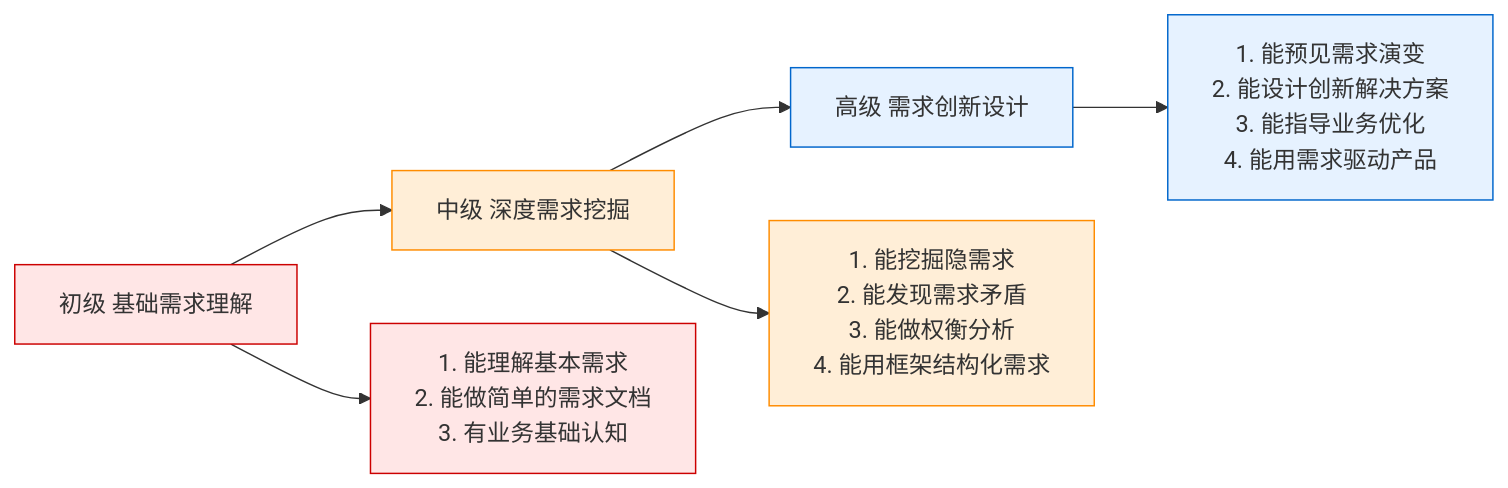
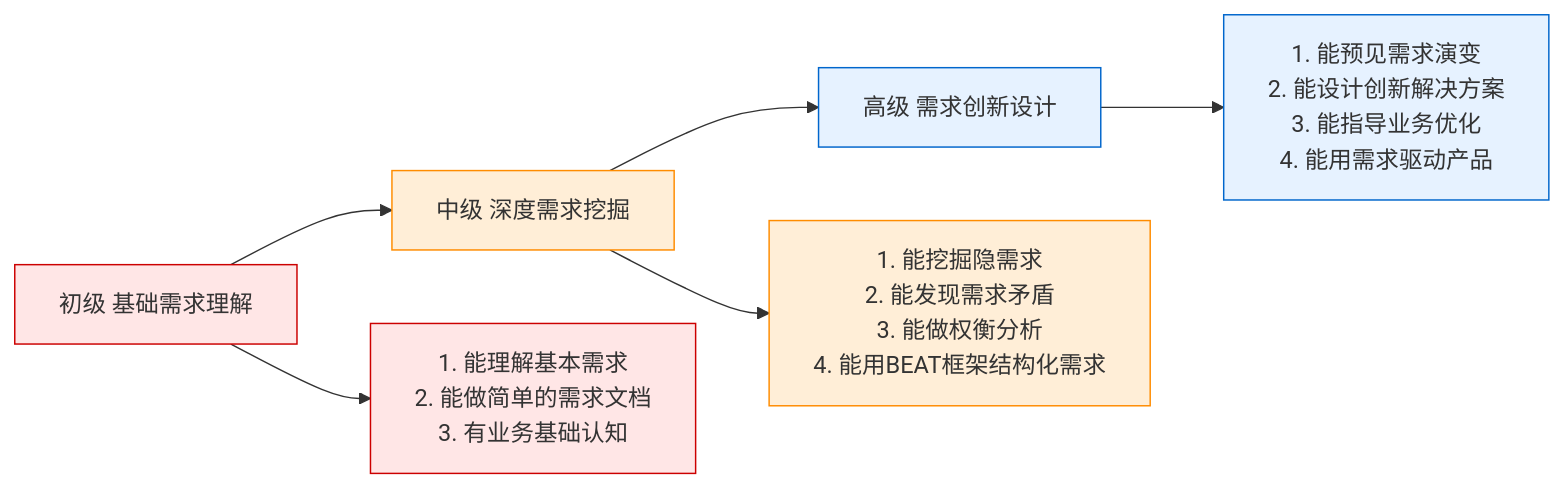
One commit to microwind/algorithms changed the tenth of 11 diagrams in start-here/AI-Era-Programmers-as-Requirements-Engineers.md. Above: the diagram before and after it, drawn with Mermaid. The commit also changed other lines of this file and 3 other files, not shown here.

````diff
--- a/start-here/AI-Era-Programmers-as-Requirements-Engineers.md
+++ b/start-here/AI-Era-Programmers-as-Requirements-Engineers.md
@@ -861,30 +875,30 @@
 ```mermaid
 graph LR
     %% 左侧主节点（垂直排列）
     A[初级 基础需求理解]
     B[中级 深度需求挖掘]
     C[高级 需求创新设计]
 
     %% 右侧详细描述节点（垂直排列，与主节点水平对齐）
     A1["1. 能理解基本需求<br/> 2. 能做简单的需求文档<br/> 3. 有业务基础认知"]
-    B1["1. 能挖掘隐需求<br/> 2. 能发现需求矛盾<br/> 3. 能做权衡分析<br/> 4. 能用框架结构化需求"]
+    B1["1. 能挖掘隐需求<br/> 2. 能发现需求矛盾<br/> 3. 能做权衡分析<br/> 4. 能用BEAT框架结构化需求"]
     C1["1. 能预见需求演变<br/> 2. 能设计创新解决方案<br/> 3. 能指导业务优化<br/> 4. 能用需求驱动产品"]
 
     %% 连接：主节点指向对应的详细描述
     A --> A1
     B --> B1
     C --> C1
 
     %% 连接：层级递进关系
     A --> B
     B --> C
 
     %% 颜色定义（沿用原风格）
     classDef level1 fill:#FFE6E6,stroke:#CC0000,stroke-width:1px;
     classDef level2 fill:#FFEED7,stroke:#FF8C00,stroke-width:1px;
     classDef level3 fill:#E6F2FF,stroke:#0066CC,stroke-width:1px;
 
     class A,A1 level1;
     class B,B1 level2;
     class C,C1 level3;
 ```
````
